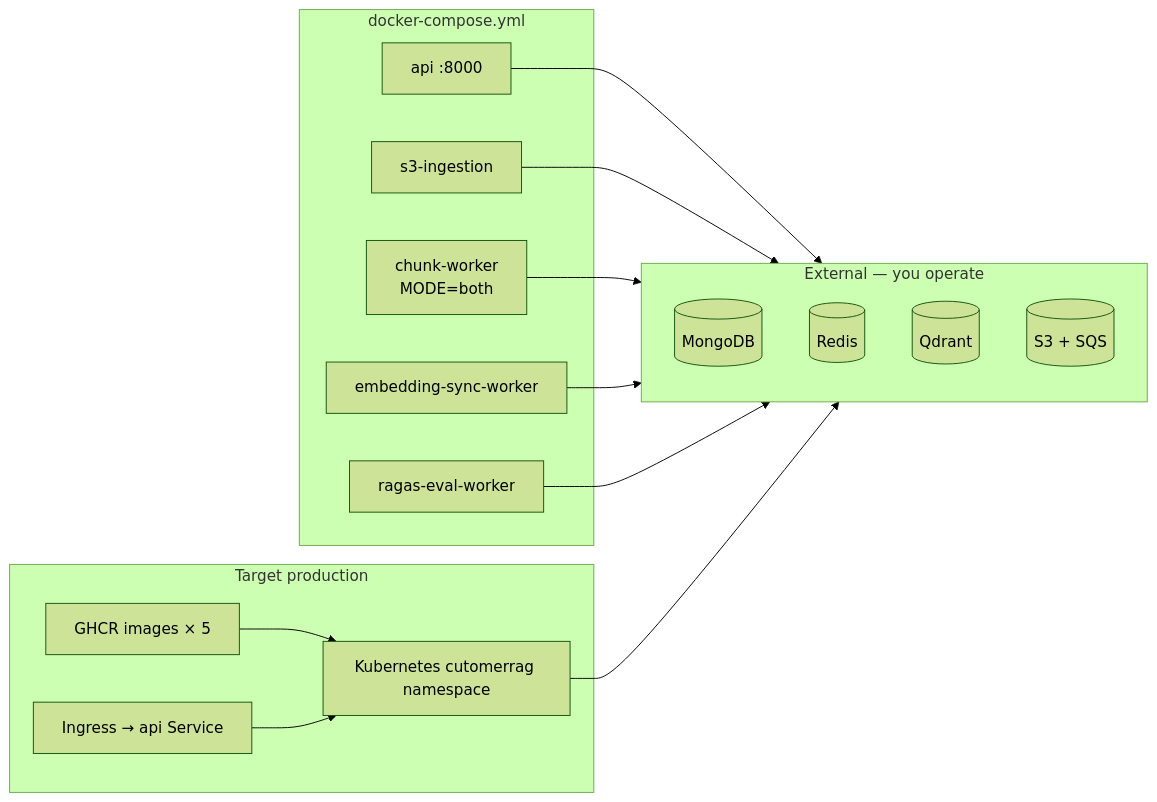
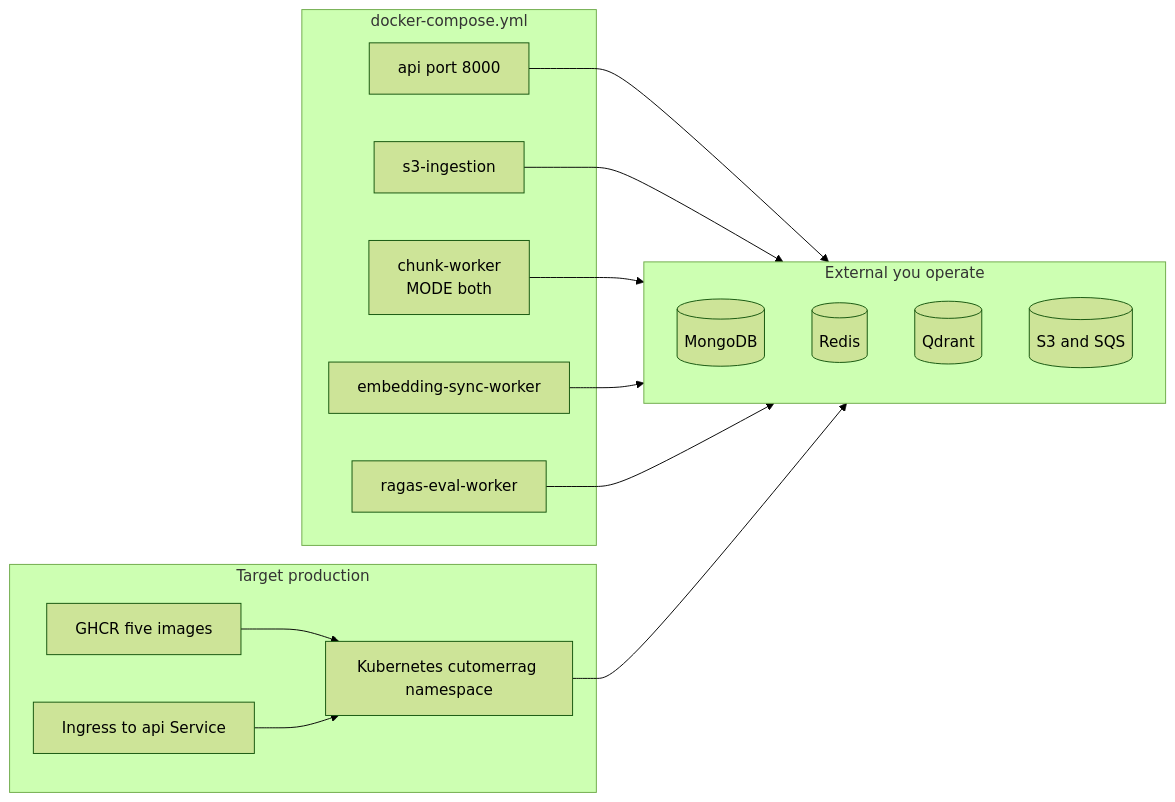
One commit to DevMittal1/CutomerRAG changed the sixth of 7 diagrams in README.md. Above: the diagram before and after it, drawn with Mermaid (forest theme). The commit also changed other lines of this file, not shown here.

Commit message:
Add architecture

````diff
--- a/README.md
+++ b/README.md
@@ -269,28 +270,32 @@
 ```mermaid
 flowchart LR
     subgraph local [docker-compose.yml]
-        API_L[api :8000]
+        API_L["api port 8000"]
         S3_L[s3-ingestion]
-        CW_L[chunk-worker<br/>MODE=both]
+        CW_L["chunk-worker<br/>MODE both"]
         ES_L[embedding-sync-worker]
         RE_L[ragas-eval-worker]
     end
 
     subgraph prod [Target production]
-        GHCR[GHCR images × 5]
-        K8s[Kubernetes cutomerrag namespace]
-        Ing[Ingress → api Service]
+        GHCR["GHCR five images"]
+        K8s["Kubernetes cutomerrag namespace"]
+        Ing["Ingress to api Service"]
     end
 
-    subgraph external_infra [External — you operate]
+    subgraph external_infra [External you operate]
         Mongo[(MongoDB)]
         Redis[(Redis)]
         Qdrant[(Qdrant)]
-        AWS[(S3 + SQS)]
+        AWS[(S3 and SQS)]
     end
 
-    API_L & S3_L & CW_L & ES_L & RE_L --> external_infra
+    API_L --> external_infra
+    S3_L --> external_infra
+    CW_L --> external_infra
+    ES_L --> external_infra
+    RE_L --> external_infra
     GHCR --> K8s
     Ing --> K8s
     K8s --> external_infra
 ```
````
